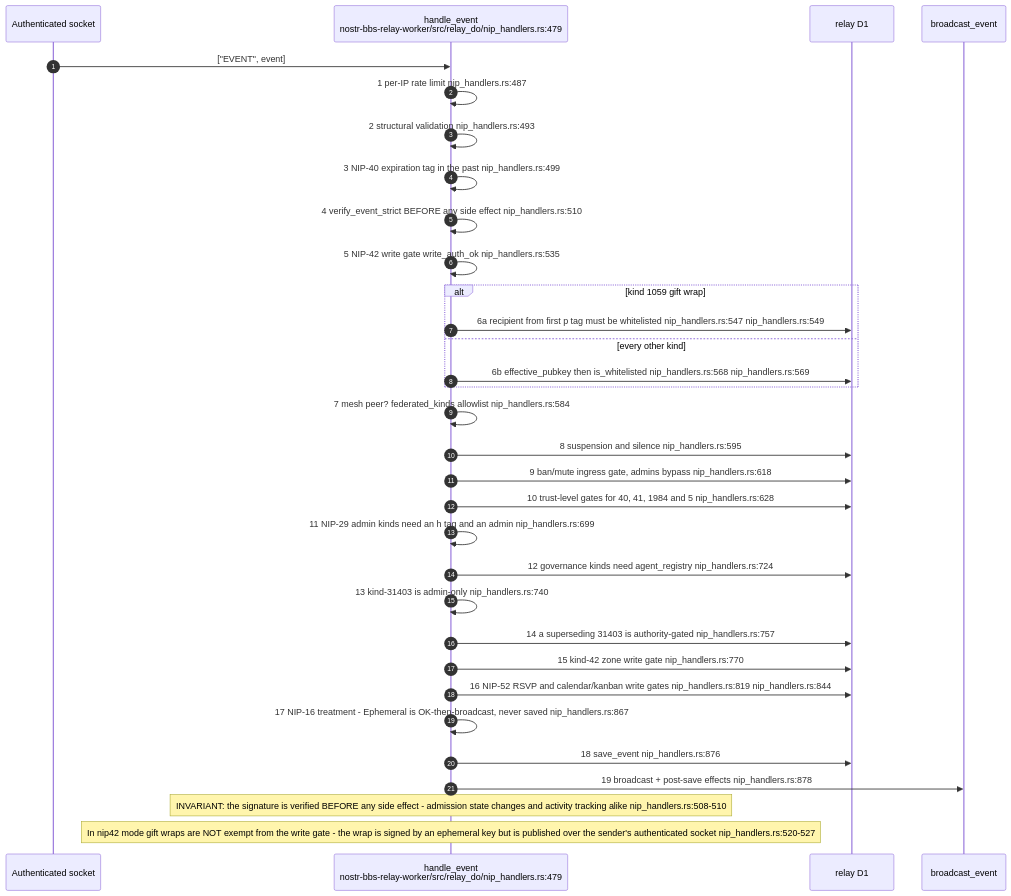
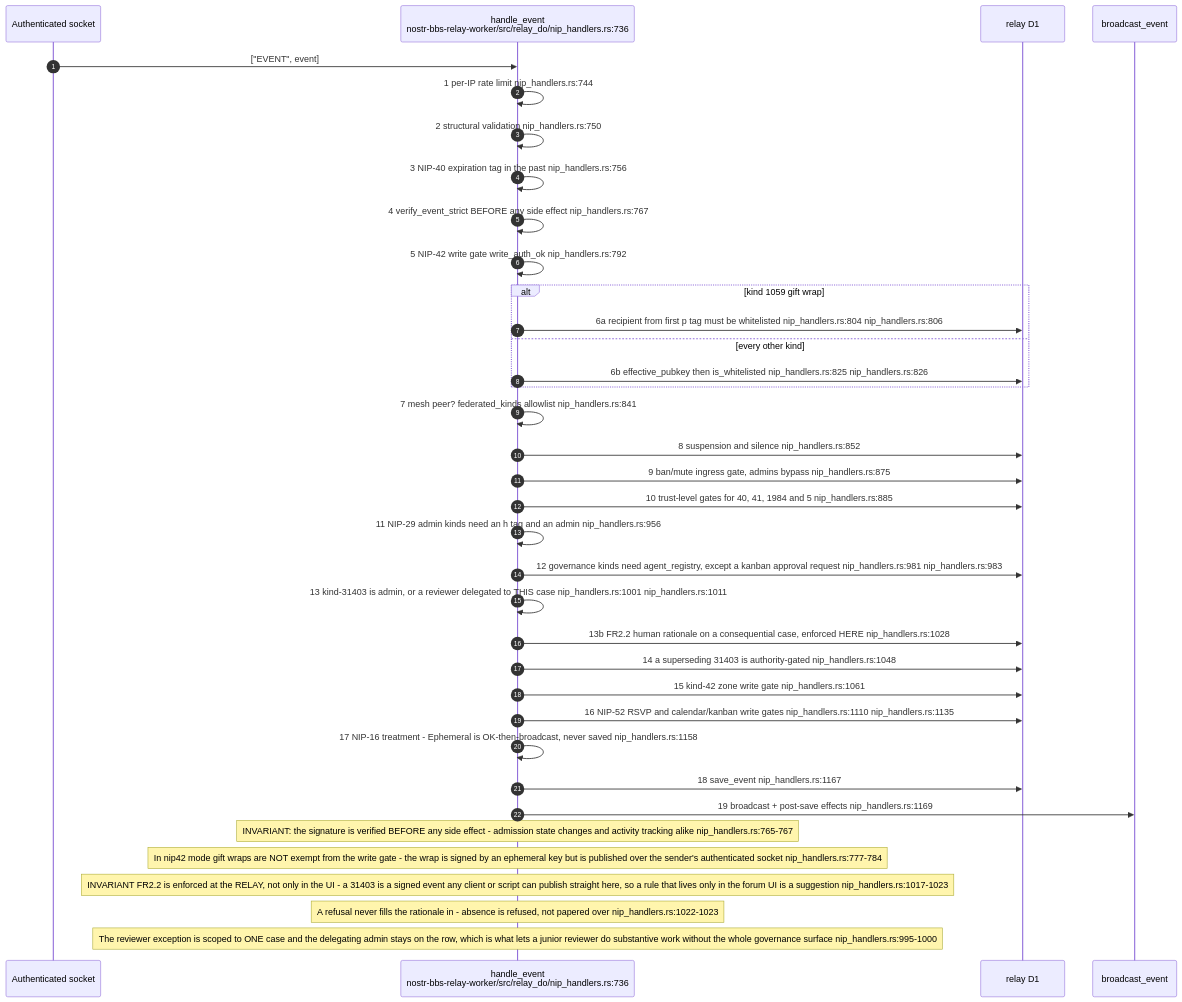
Before and after one commit to DreamLab-AI/VisionFlow: the fourth of 14 diagrams in docs/diagrams/nostr-rust-forum/03-relay-worker-admission-auth-and-trust.md, drawn with Mermaid. The commit also changed other lines of this file and 11 other files, not shown here.

````diff
--- a/docs/diagrams/nostr-rust-forum/03-relay-worker-admission-auth-and-trust.md
+++ b/docs/diagrams/nostr-rust-forum/03-relay-worker-admission-auth-and-trust.md
@@ -105,36 +106,40 @@
 ```mermaid
 sequenceDiagram
     autonumber
     participant C as Authenticated socket
-    participant H as handle_event<br/>nostr-bbs-relay-worker/src/relay_do/nip_handlers.rs:479
+    participant H as handle_event<br/>nostr-bbs-relay-worker/src/relay_do/nip_handlers.rs:736
     participant D1 as relay D1
     participant B as broadcast_event
 
     C->>H: ["EVENT", event]
-    H->>H: 1 per-IP rate limit nip_handlers.rs:487
-    H->>H: 2 structural validation nip_handlers.rs:493
-    H->>H: 3 NIP-40 expiration tag in the past nip_handlers.rs:499
-    H->>H: 4 verify_event_strict BEFORE any side effect nip_handlers.rs:510
-    H->>H: 5 NIP-42 write gate write_auth_ok nip_handlers.rs:535
+    H->>H: 1 per-IP rate limit nip_handlers.rs:744
+    H->>H: 2 structural validation nip_handlers.rs:750
+    H->>H: 3 NIP-40 expiration tag in the past nip_handlers.rs:756
+    H->>H: 4 verify_event_strict BEFORE any side effect nip_handlers.rs:767
+    H->>H: 5 NIP-42 write gate write_auth_ok nip_handlers.rs:792
     alt kind 1059 gift wrap
-        H->>D1: 6a recipient from first p tag must be whitelisted nip_handlers.rs:547 nip_handlers.rs:549
+        H->>D1: 6a recipient from first p tag must be whitelisted nip_handlers.rs:804 nip_handlers.rs:806
     else every other kind
-        H->>D1: 6b effective_pubkey then is_whitelisted nip_handlers.rs:568 nip_handlers.rs:569
+        H->>D1: 6b effective_pubkey then is_whitelisted nip_handlers.rs:825 nip_handlers.rs:826
     end
-    H->>H: 7 mesh peer? federated_kinds allowlist nip_handlers.rs:584
-    H->>D1: 8 suspension and silence nip_handlers.rs:595
-    H->>D1: 9 ban/mute ingress gate, admins bypass nip_handlers.rs:618
-    H->>D1: 10 trust-level gates for 40, 41, 1984 and 5 nip_handlers.rs:628
-    H->>H: 11 NIP-29 admin kinds need an h tag and an admin nip_handlers.rs:699
-    H->>D1: 12 governance kinds need agent_registry nip_handlers.rs:724
-    H->>H: 13 kind-31403 is admin-only nip_handlers.rs:740
-    H->>D1: 14 a superseding 31403 is authority-gated nip_handlers.rs:757
-    H->>D1: 15 kind-42 zone write gate nip_handlers.rs:770
-    H->>D1: 16 NIP-52 RSVP and calendar/kanban write gates nip_handlers.rs:819 nip_handlers.rs:844
-    H->>H: 17 NIP-16 treatment - Ephemeral is OK-then-broadcast, never saved nip_handlers.rs:867
-    H->>D1: 18 save_event nip_handlers.rs:876
-    H->>B: 19 broadcast + post-save effects nip_handlers.rs:878
+    H->>H: 7 mesh peer? federated_kinds allowlist nip_handlers.rs:841
+    H->>D1: 8 suspension and silence nip_handlers.rs:852
+    H->>D1: 9 ban/mute ingress gate, admins bypass nip_handlers.rs:875
+    H->>D1: 10 trust-level gates for 40, 41, 1984 and 5 nip_handlers.rs:885
+    H->>H: 11 NIP-29 admin kinds need an h tag and an admin nip_handlers.rs:956
+    H->>D1: 12 governance kinds need agent_registry, except a kanban approval request nip_handlers.rs:981 nip_handlers.rs:983
+    H->>H: 13 kind-31403 is admin, or a reviewer delegated to THIS case nip_handlers.rs:1001 nip_handlers.rs:1011
+    H->>D1: 13b FR2.2 human rationale on a consequential case, enforced HERE nip_handlers.rs:1028
+    H->>D1: 14 a superseding 31403 is authority-gated nip_handlers.rs:1048
+    H->>D1: 15 kind-42 zone write gate nip_handlers.rs:1061
+    H->>D1: 16 NIP-52 RSVP and calendar/kanban write gates nip_handlers.rs:1110 nip_handlers.rs:1135
+    H->>H: 17 NIP-16 treatment - Ephemeral is OK-then-broadcast, never saved nip_handlers.rs:1158
+    H->>D1: 18 save_event nip_handlers.rs:1167
+    H->>B: 19 broadcast + post-save effects nip_handlers.rs:1169
 
-    Note over H: INVARIANT: the signature is verified BEFORE any side effect - admission state changes and activity tracking alike nip_handlers.rs:508-510
-    Note over H: In nip42 mode gift wraps are NOT exempt from the write gate - the wrap is signed by an ephemeral key but is published over the sender's authenticated socket nip_handlers.rs:520-527
+    Note over H: INVARIANT: the signature is verified BEFORE any side effect - admission state changes and activity tracking alike nip_handlers.rs:765-767
+    Note over H: In nip42 mode gift wraps are NOT exempt from the write gate - the wrap is signed by an ephemeral key but is published over the sender's authenticated socket nip_handlers.rs:777-784
+    Note over H: INVARIANT FR2.2 is enforced at the RELAY, not only in the UI - a 31403 is a signed event any client or script can publish straight here, so a rule that lives only in the forum UI is a suggestion nip_handlers.rs:1017-1023
+    Note over H: A refusal never fills the rationale in - absence is refused, not papered over nip_handlers.rs:1022-1023
+    Note over H: The reviewer exception is scoped to ONE case and the delegating admin stays on the row, which is what lets a junior reviewer do substantive work without the whole governance surface nip_handlers.rs:995-1000
 ```
````
